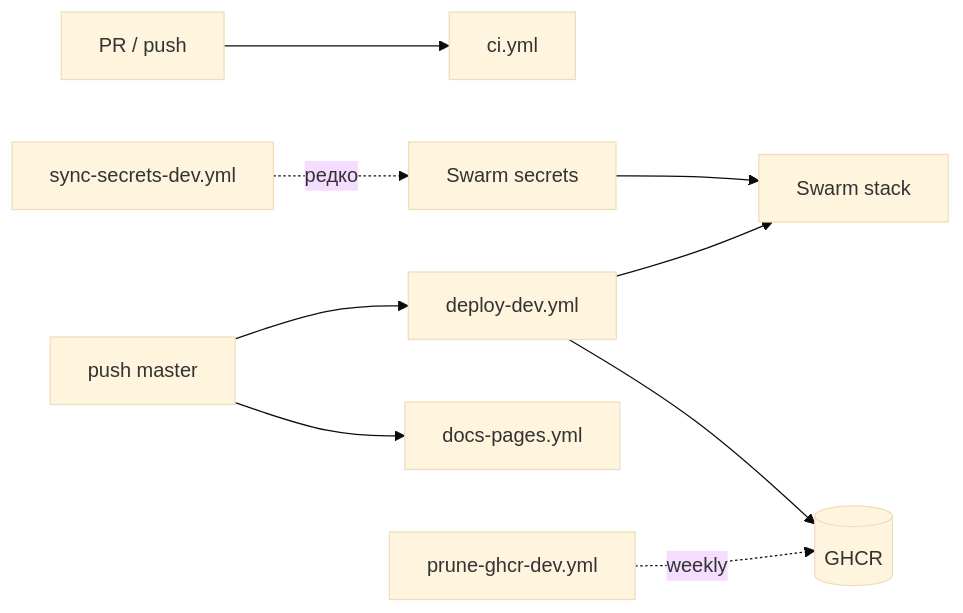
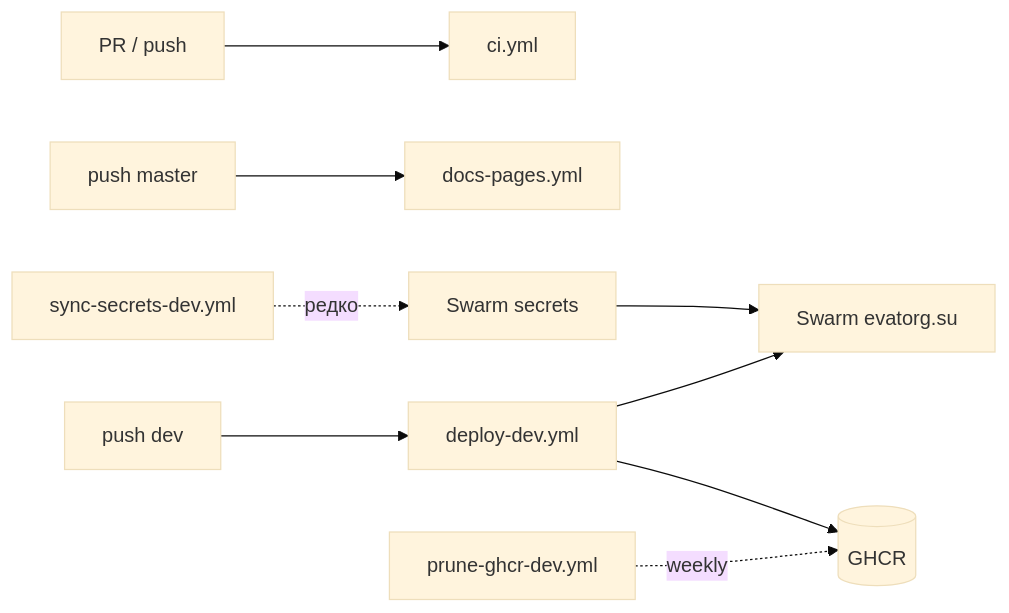
One commit to andrewb76/tavrida changed the diagram in docs/04-deployment/github-actions.md. Above: the diagram before and after it, drawn with Mermaid (base theme). The commit also changed other lines of this file and 26 other files, not shown here.

First line of the commit message:
Wire Swarm CD for evatorg.su and fix Logto/profile notes.

````diff
--- a/docs/04-deployment/github-actions.md
+++ b/docs/04-deployment/github-actions.md
@@ -18,11 +18,11 @@
 ```mermaid
 flowchart LR
   PR[PR / push] --> CI[ci.yml]
   PushMaster[push master] --> Pages[docs-pages.yml]
-  PushMaster --> Deploy[deploy-dev.yml]
+  PushDev[push dev] --> Deploy[deploy-dev.yml]
   Deploy --> GHCR[(GHCR)]
-  Deploy --> Swarm[Swarm stack]
+  Deploy --> Swarm[Swarm evatorg.su]
   Sync[sync-secrets-dev.yml] -.->|редко| Secrets[Swarm secrets]
   Secrets --> Swarm
   Prune[prune-ghcr-dev.yml] -.->|weekly| GHCR
 ```
````
